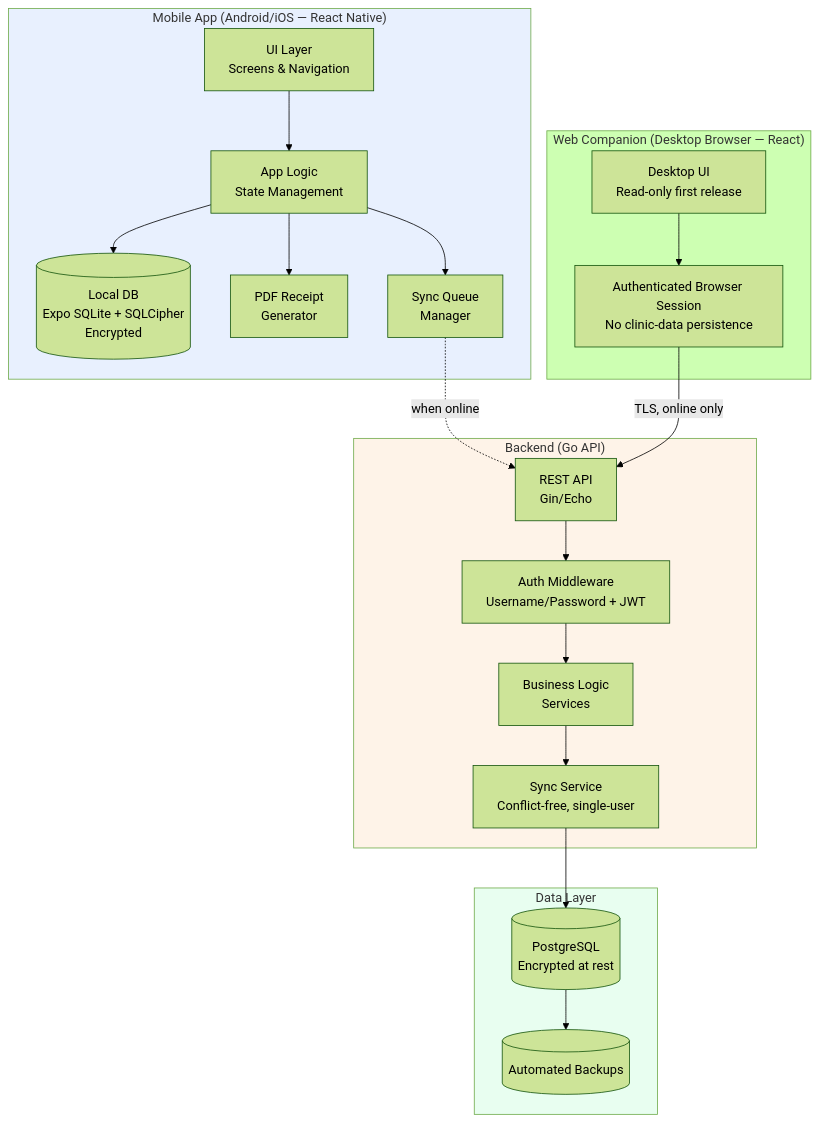
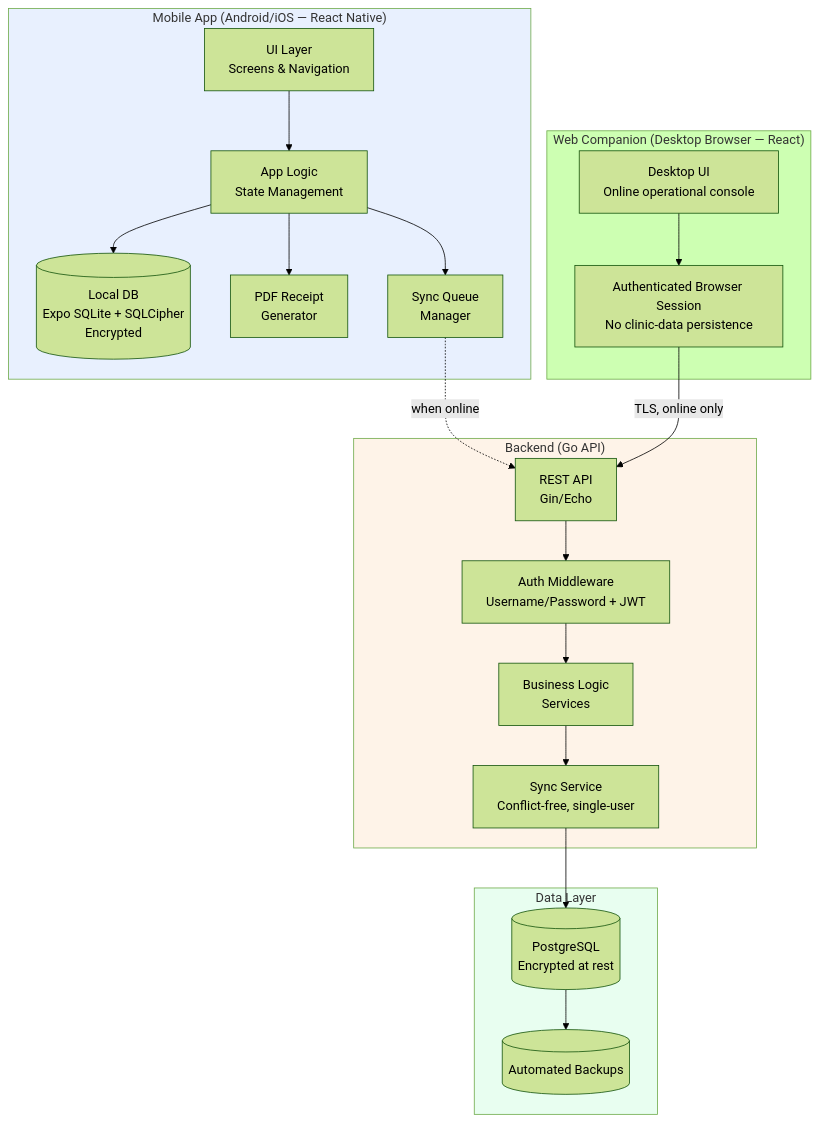
Before and after one commit to fandykun/cito-mobile: the second of 5 diagrams in docs/erd.md, drawn with Mermaid (forest theme). The commit also changed other lines of this file and 1 other file, not shown here.

````diff
--- a/docs/erd.md
+++ b/docs/erd.md
@@ -177,44 +197,44 @@
 ```mermaid
 flowchart TB
     subgraph Mobile["Mobile App (Android/iOS — React Native)"]
         UI[UI Layer<br/>Screens & Navigation]
         LOGIC[App Logic<br/>State Management]
         LOCALDB[(Local DB<br/>Expo SQLite + SQLCipher<br/>Encrypted)]
         PDFGEN[PDF Receipt<br/>Generator]
         SYNCQ[Sync Queue<br/>Manager]
     end
 
     subgraph Web["Web Companion (Desktop Browser — React)"]
-        WEBUI[Desktop UI<br/>Read-only first release]
+        WEBUI[Desktop UI<br/>Online operational console]
         WEBSESSION[Authenticated Browser Session<br/>No clinic-data persistence]
     end
 
     subgraph Backend["Backend (Go API)"]
         API[REST API<br/>Gin/Echo]
         AUTH[Auth Middleware<br/>Username/Password + JWT]
         BIZLOGIC[Business Logic<br/>Services]
         SYNCSVC[Sync Service<br/>Conflict-free, single-user]
     end
 
     subgraph Data["Data Layer"]
         PG[(PostgreSQL<br/>Encrypted at rest)]
         BACKUP[(Automated Backups)]
     end
 
     UI --> LOGIC
     LOGIC --> LOCALDB
     LOGIC --> PDFGEN
     LOGIC --> SYNCQ
     SYNCQ -.->|when online| API
     WEBUI --> WEBSESSION
     WEBSESSION -->|TLS, online only| API
     API --> AUTH
     AUTH --> BIZLOGIC
     BIZLOGIC --> SYNCSVC
     SYNCSVC --> PG
     PG --> BACKUP
 
     style Mobile fill:#e8f0fe
     style Backend fill:#fef3e8
     style Data fill:#e8fef0
 ```
````
